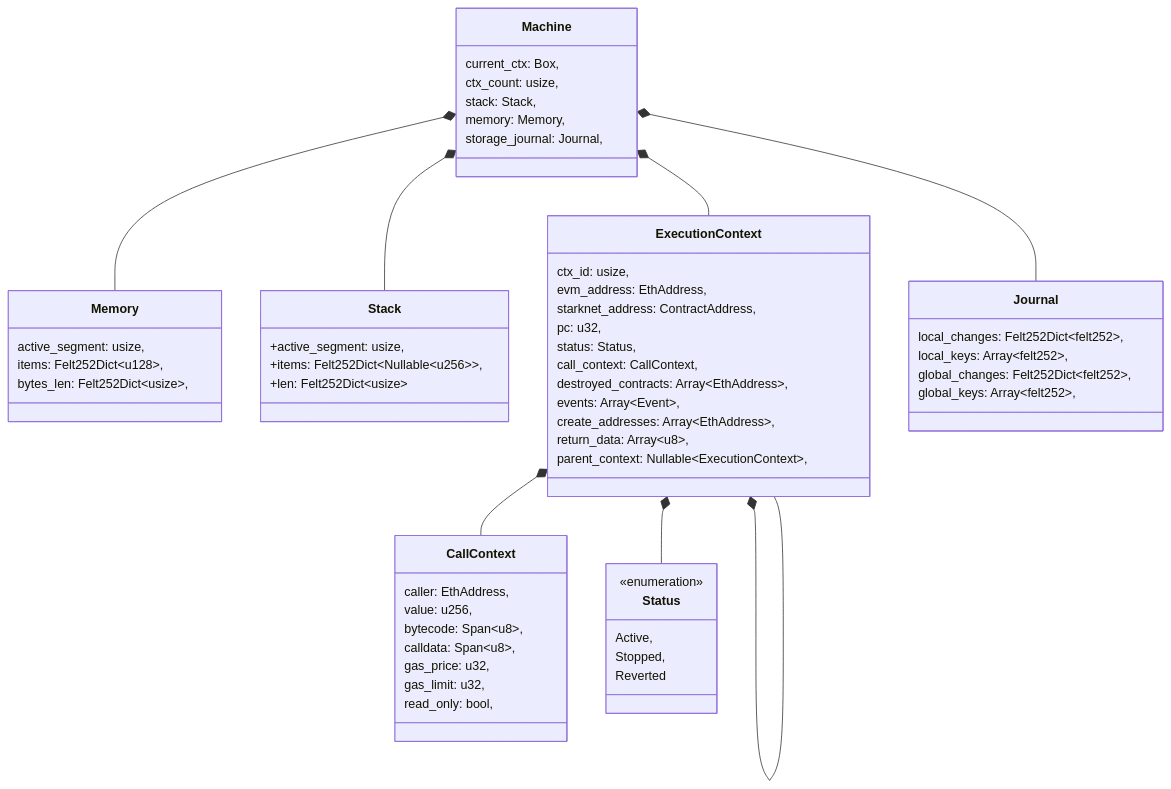
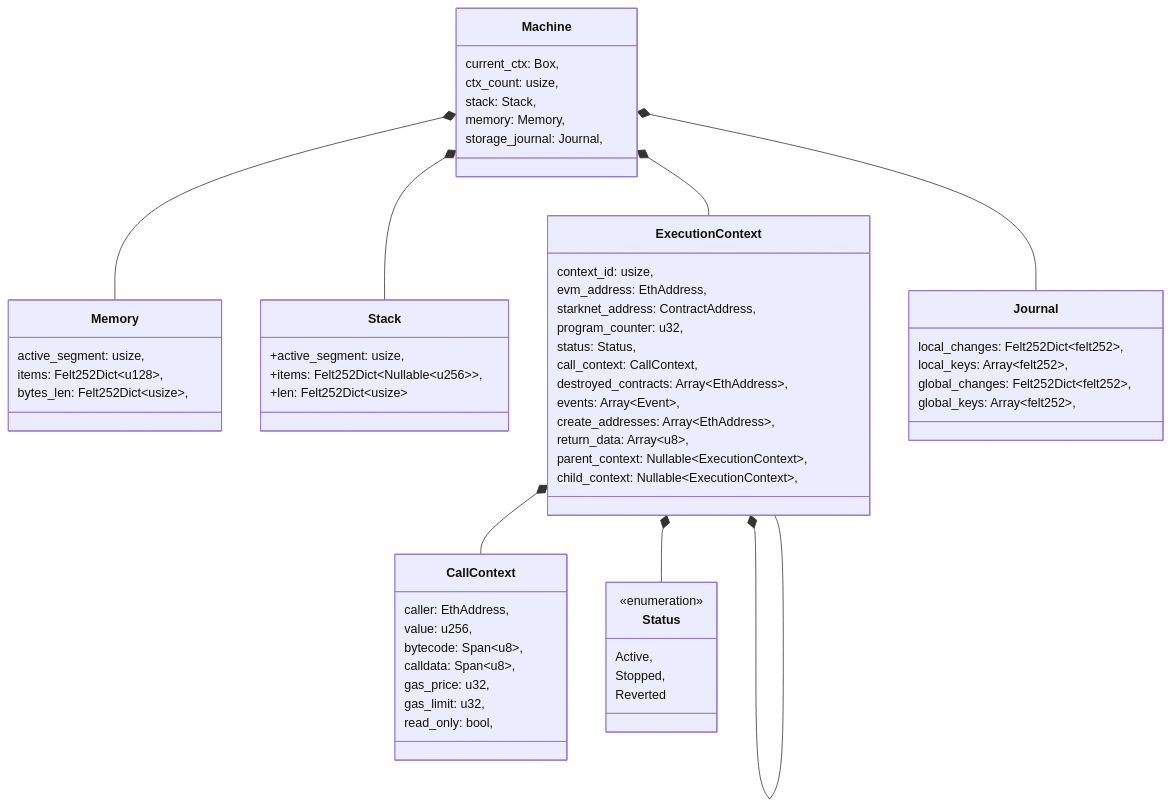
One commit to kkrt-labs/kakarot-ssj changed the diagram in docs/general/machine.md. Above: the diagram before and after it, drawn with Mermaid. The commit also changed other lines of this file and 1 other file, not shown here.

````diff
--- a/docs/general/machine.md
+++ b/docs/general/machine.md
@@ -41,70 +45,71 @@
 ```mermaid
 classDiagram
     class Machine{
         current_ctx: Box<ExecutionContext>,
         ctx_count: usize,
         stack: Stack,
         memory: Memory,
         storage_journal: Journal,
     }
 
     class Memory{
         active_segment: usize,
         items: Felt252Dict~u128~,
         bytes_len: Felt252Dict~usize~,
     }
 
     class Stack{
         +active_segment: usize,
         +items: Felt252Dict~Nullable~u256~~,
         +len: Felt252Dict~usize~
     }
 
     class ExecutionContext{
-        ctx_id: usize,
+        context_id: usize,
         evm_address: EthAddress,
         starknet_address: ContractAddress,
-        pc: u32,
+        program_counter: u32,
         status: Status,
         call_context: CallContext,
         destroyed_contracts: Array~EthAddress~,
         events: Array~Event~,
         create_addresses: Array~EthAddress~,
         return_data: Array~u8~,
         parent_context: Nullable~ExecutionContext~,
+        child_context: Nullable~ExecutionContext~,
     }
 
 
     class CallContext{
         caller: EthAddress,
         value: u256,
         bytecode: Span~u8~,
         calldata: Span~u8~,
         gas_price: u32,
         gas_limit: u32,
         read_only: bool,
     }
 
     class Journal{
         local_changes: Felt252Dict~felt252~,
         local_keys: Array~felt252~,
         global_changes: Felt252Dict~felt252~,
         global_keys: Array~felt252~,
     }
 
     class Status{
     <<enumeration>>
       Active,
       Stopped,
       Reverted
     }
 
 
     Machine *-- Memory
     Machine *-- Stack
     Machine *-- ExecutionContext
     Machine *-- Journal
     ExecutionContext *-- ExecutionContext
     ExecutionContext *-- CallContext
     ExecutionContext *-- Status
 ```
````
